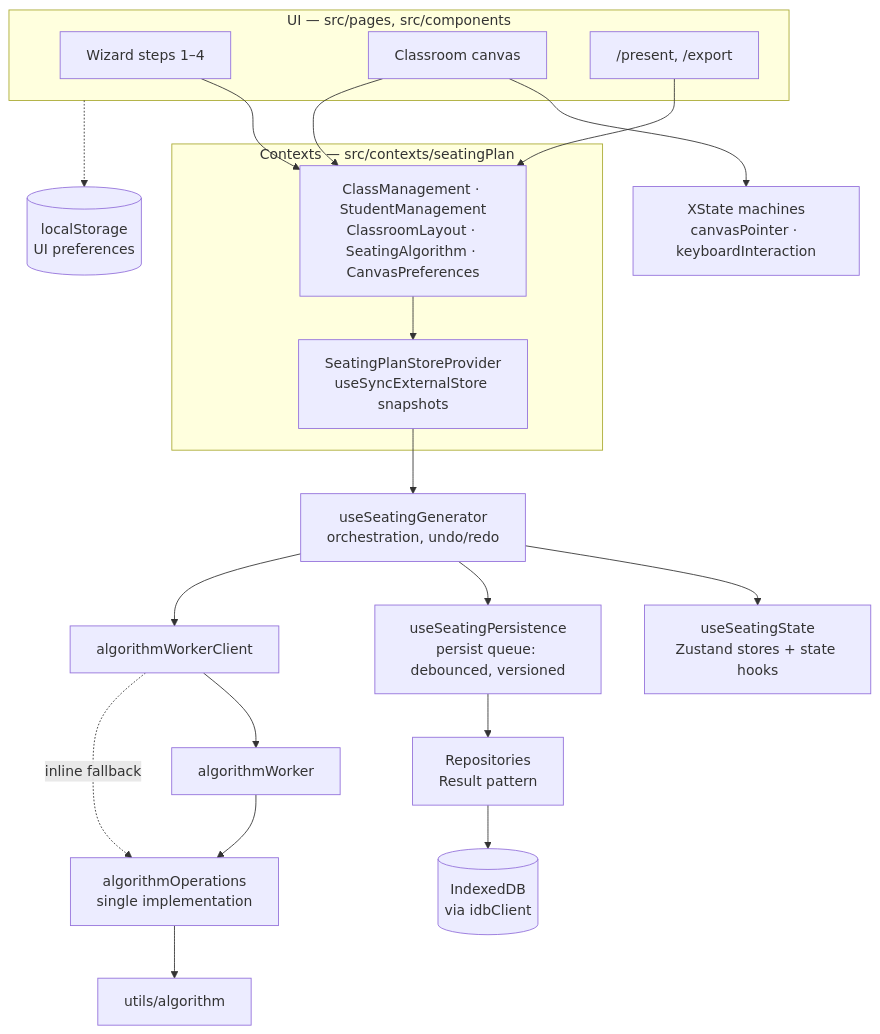
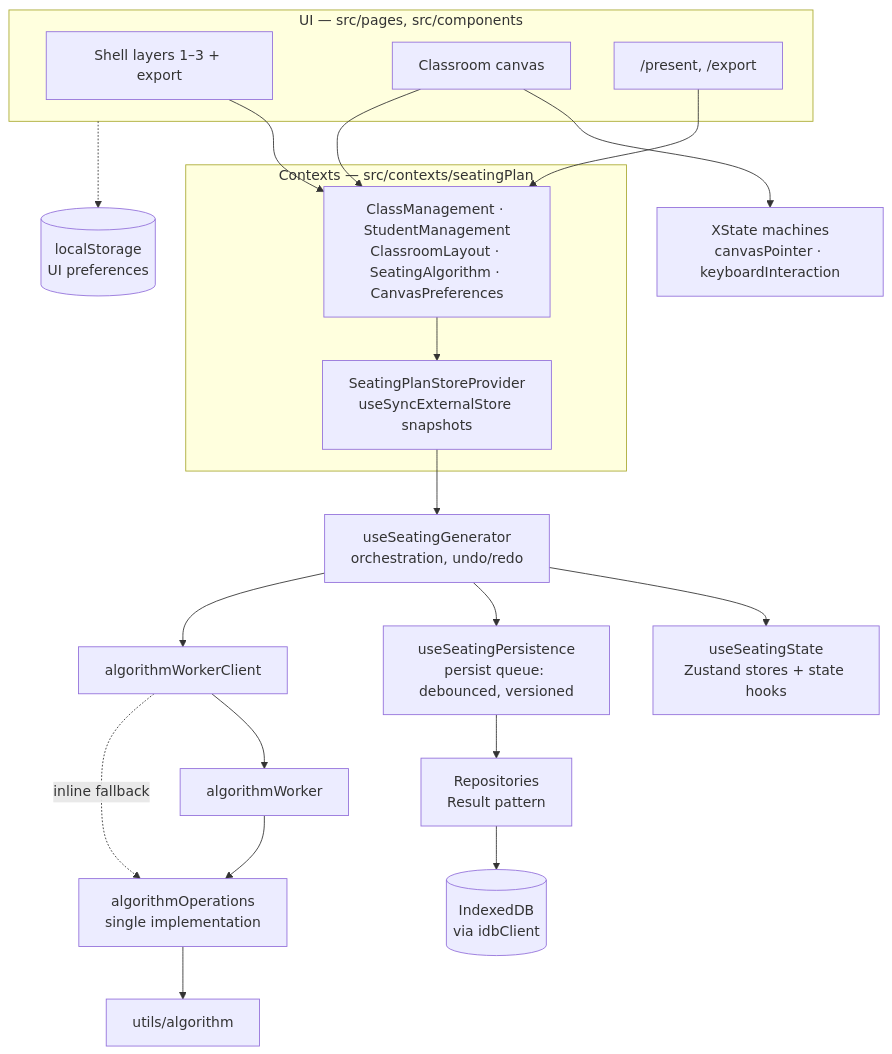
Before and after one commit to SirEckehard/Klassenplan: the first of 3 diagrams in docs/ARCHITECTURE.md, drawn with Mermaid. The commit also changed other lines of this file and 32 other files, not shown here.

````diff
--- a/docs/ARCHITECTURE.md
+++ b/docs/ARCHITECTURE.md
@@ -141,36 +141,36 @@
 ```mermaid
 flowchart TD
   subgraph ui["UI — src/pages, src/components"]
-    wizard["Wizard steps 1–4"]
+    wizard["Shell layers 1–3 + export"]
     canvas["Classroom canvas"]
     present["/present, /export"]
   end
 
   subgraph ctx["Contexts — src/contexts/seatingPlan"]
     domain["ClassManagement · StudentManagement<br/>ClassroomLayout · SeatingAlgorithm · CanvasPreferences"]
     bridge["SeatingPlanStoreProvider<br/>useSyncExternalStore snapshots"]
   end
 
   generator["useSeatingGenerator<br/>orchestration, undo/redo"]
   state["useSeatingState<br/>Zustand stores + state hooks"]
   machines["XState machines<br/>canvasPointer · keyboardInteraction"]
   persistence["useSeatingPersistence<br/>persist queue: debounced, versioned"]
   repos["Repositories<br/>Result pattern"]
   idb[("IndexedDB<br/>via idbClient")]
   ls[("localStorage<br/>UI preferences")]
   client["algorithmWorkerClient"]
   worker["algorithmWorker"]
   ops["algorithmOperations<br/>single implementation"]
   algo["utils/algorithm"]
 
   wizard --> domain
   present --> domain
   canvas --> machines
   canvas --> domain
   domain --> bridge --> generator
   generator --> state
   generator --> persistence --> repos --> idb
   generator --> client --> worker --> ops --> algo
   client -.->|inline fallback| ops
   ui -.-> ls
 ```
````
